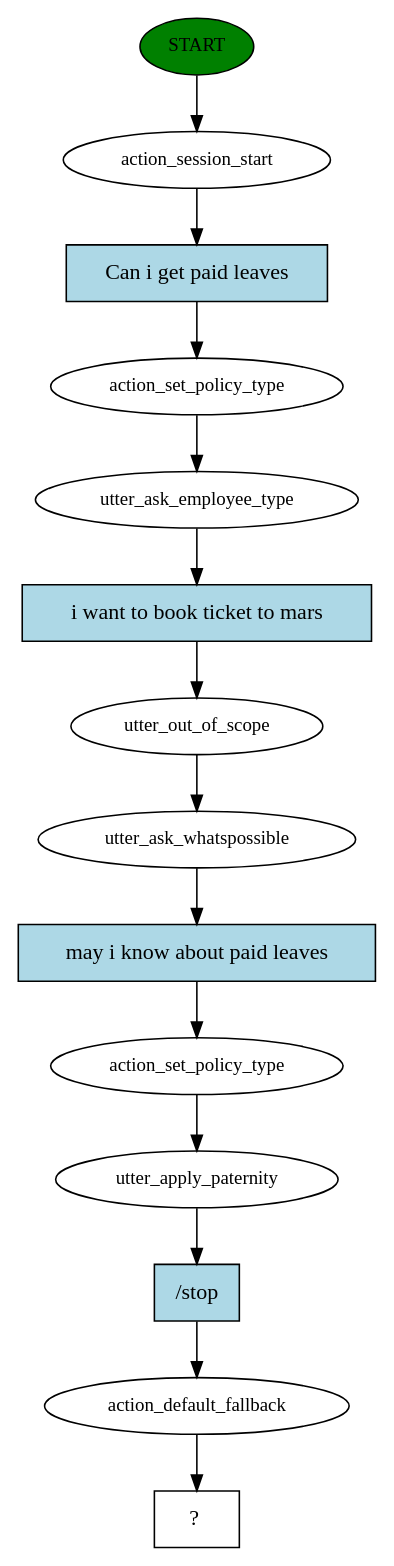
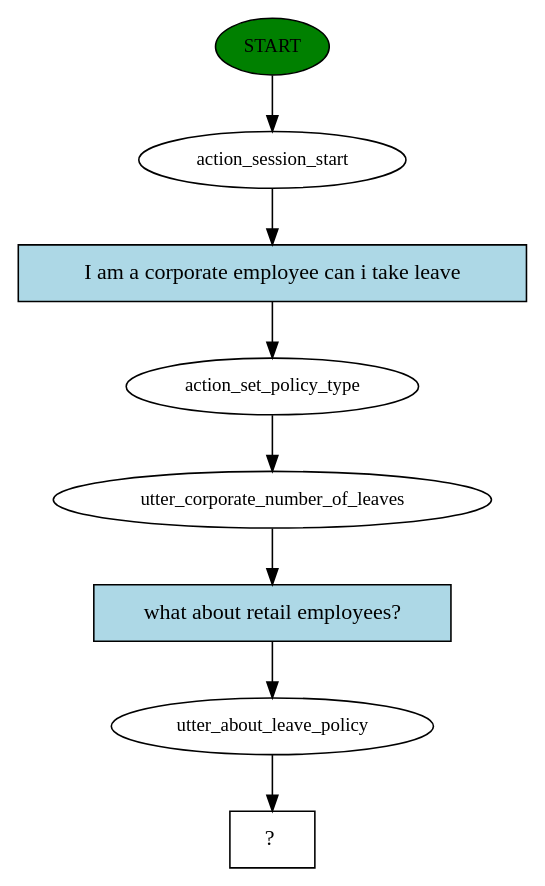
Before and after one commit to p11abhijeetc/policybot: the diagram in story_graph.dot, drawn with Graphviz. The commit also changed 4 other files, not shown here.

```diff
--- a/story_graph.dot
+++ b/story_graph.dot
@@ -1,29 +1,17 @@
 digraph  {
 0 [class="start active", fillcolor=green, fontsize=12, label=START, style=filled];
 1 [class=active, fontsize=12, label=action_session_start];
 2 [class=active, fontsize=12, label=action_set_policy_type];
-3 [class=active, fontsize=12, label=utter_ask_employee_type];
-4 [class=active, fontsize=12, label=utter_out_of_scope];
-5 [class=active, fontsize=12, label=utter_ask_whatspossible];
-6 [class=active, fontsize=12, label=action_set_policy_type];
-7 [class=active, fontsize=12, label=utter_apply_paternity];
-8 [class=active, fontsize=12, label=action_default_fallback];
-9 [class="intent dashed active", label="  ?  ", shape=rect];
-10 [class="intent active", fillcolor=lightblue, label="Can i get paid leaves", shape=rect, style=filled];
-11 [class="intent active", fillcolor=lightblue, label="i want to book ticket to mars", shape=rect, style=filled];
-12 [class="intent active", fillcolor=lightblue, label="may i know about paid leaves", shape=rect, style=filled];
-13 [class="intent active", fillcolor=lightblue, label="/stop", shape=rect, style=filled];
+3 [class=active, fontsize=12, label=utter_corporate_number_of_leaves];
+4 [class=active, fontsize=12, label=utter_about_leave_policy];
+5 [class="intent dashed active", label="  ?  ", shape=rect];
+6 [class="intent active", fillcolor=lightblue, label="I am a corporate employee can i take leave", shape=rect, style=filled];
+7 [class="intent active", fillcolor=lightblue, label="what about retail employees?", shape=rect, style=filled];
 0 -> 1  [class=active, key=NONE, label=""];
-1 -> 10  [class=active, key=0];
+1 -> 6  [class=active, key=0];
 2 -> 3  [class=active, key=NONE, label=""];
-3 -> 11  [class=active, key=0];
+3 -> 7  [class=active, key=0];
 4 -> 5  [class=active, key=NONE, label=""];
-5 -> 12  [class=active, key=0];
-6 -> 7  [class=active, key=NONE, label=""];
-7 -> 13  [class=active, key=0];
-8 -> 9  [class=active, key=NONE, label=""];
-10 -> 2  [class=active, key=0];
-11 -> 4  [class=active, key=0];
-12 -> 6  [class=active, key=0];
-13 -> 8  [class=active, key=0];
+6 -> 2  [class=active, key=0];
+7 -> 4  [class=active, key=0];
 }
```
